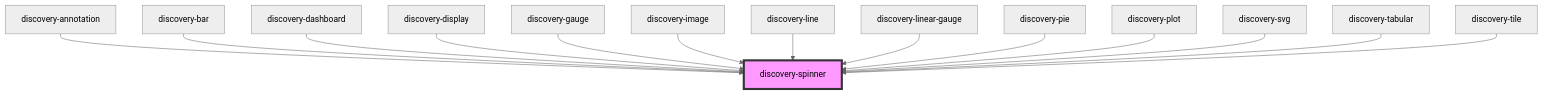
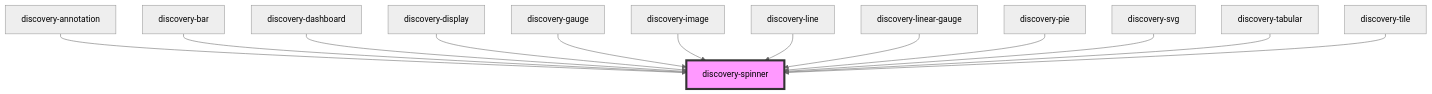
Before and after one commit to senx/discovery-widgets: the diagram in src/components/discovery-spinner/readme.md, drawn with Mermaid (neutral theme). The commit also changed other lines of this file and 22 other files, not shown here.

````diff
--- a/src/components/discovery-spinner/readme.md
+++ b/src/components/discovery-spinner/readme.md
@@ -34,17 +33,16 @@
 ```mermaid
 graph TD;
   discovery-annotation --> discovery-spinner
   discovery-bar --> discovery-spinner
   discovery-dashboard --> discovery-spinner
   discovery-display --> discovery-spinner
   discovery-gauge --> discovery-spinner
   discovery-image --> discovery-spinner
   discovery-line --> discovery-spinner
   discovery-linear-gauge --> discovery-spinner
   discovery-pie --> discovery-spinner
-  discovery-plot --> discovery-spinner
   discovery-svg --> discovery-spinner
   discovery-tabular --> discovery-spinner
   discovery-tile --> discovery-spinner
   style discovery-spinner fill:#f9f,stroke:#333,stroke-width:4px
 ```
````
